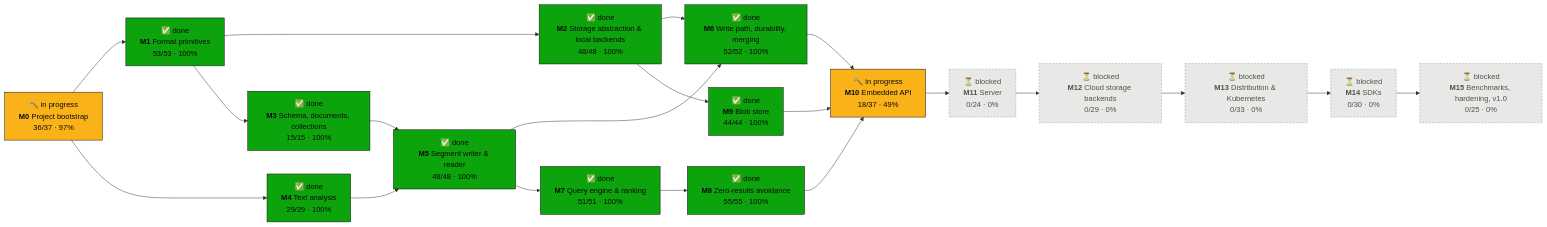
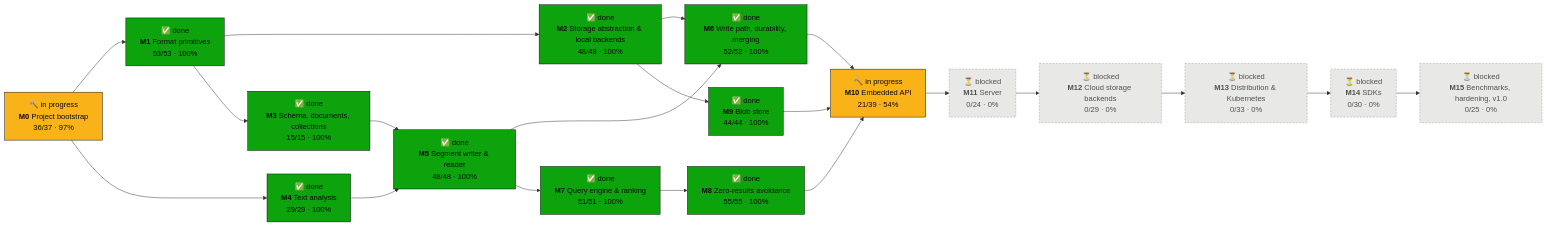
One commit to tomiok/persiaDB changed the first of 2 diagrams in PROGRESS.md. Above: the diagram before and after it, drawn with Mermaid. The commit also changed other lines of this file and 37 other files, not shown here.

First line of the commit message:
Async API and Db::backup (ROADMAP 10.1.11, 10.1.8, 10.1.6) (#130)

````diff
--- a/PROGRESS.md
+++ b/PROGRESS.md
@@ -16,42 +16,42 @@
 ```mermaid
 flowchart LR
   M0["🔨 in progress<br/><b>M0</b> Project bootstrap<br/>36/37 · 97%"]:::doing
   M1["✅ done<br/><b>M1</b> Format primitives<br/>53/53 · 100%"]:::done
   M2["✅ done<br/><b>M2</b> Storage abstraction & local backends<br/>48/48 · 100%"]:::done
   M3["✅ done<br/><b>M3</b> Schema, documents, collections<br/>15/15 · 100%"]:::done
   M4["✅ done<br/><b>M4</b> Text analysis<br/>29/29 · 100%"]:::done
   M5["✅ done<br/><b>M5</b> Segment writer & reader<br/>48/48 · 100%"]:::done
   M6["✅ done<br/><b>M6</b> Write path, durability, merging<br/>52/52 · 100%"]:::done
   M7["✅ done<br/><b>M7</b> Query engine & ranking<br/>51/51 · 100%"]:::done
   M8["✅ done<br/><b>M8</b> Zero-results avoidance<br/>55/55 · 100%"]:::done
   M9["✅ done<br/><b>M9</b> Blob store<br/>44/44 · 100%"]:::done
-  M10["🔨 in progress<br/><b>M10</b> Embedded API<br/>18/37 · 49%"]:::doing
+  M10["🔨 in progress<br/><b>M10</b> Embedded API<br/>21/39 · 54%"]:::doing
   M11["⏳ blocked<br/><b>M11</b> Server<br/>0/24 · 0%"]:::blocked
   M12["⏳ blocked<br/><b>M12</b> Cloud storage backends<br/>0/29 · 0%"]:::blocked
   M13["⏳ blocked<br/><b>M13</b> Distribution & Kubernetes<br/>0/33 · 0%"]:::blocked
   M14["⏳ blocked<br/><b>M14</b> SDKs<br/>0/30 · 0%"]:::blocked
   M15["⏳ blocked<br/><b>M15</b> Benchmarks, hardening, v1.0<br/>0/25 · 0%"]:::blocked
   M0 --> M1
   M1 --> M2
   M1 --> M3
   M0 --> M4
   M3 --> M5
   M4 --> M5
   M2 --> M6
   M5 --> M6
   M5 --> M7
   M7 --> M8
   M2 --> M9
   M6 --> M10
   M8 --> M10
   M9 --> M10
   M10 --> M11
   M11 --> M12
   M12 --> M13
   M13 --> M14
   M14 --> M15
   classDef done fill:#0ca30c,stroke:#0b0b0b,color:#0b0b0b
   classDef doing fill:#fab219,stroke:#0b0b0b,color:#0b0b0b
   classDef ready fill:#fcfcfb,stroke:#0b0b0b,stroke-width:2px,color:#0b0b0b
   classDef blocked fill:#e8e8e6,stroke:#9a9a96,stroke-dasharray:4 3,color:#52514e
 ```
````
